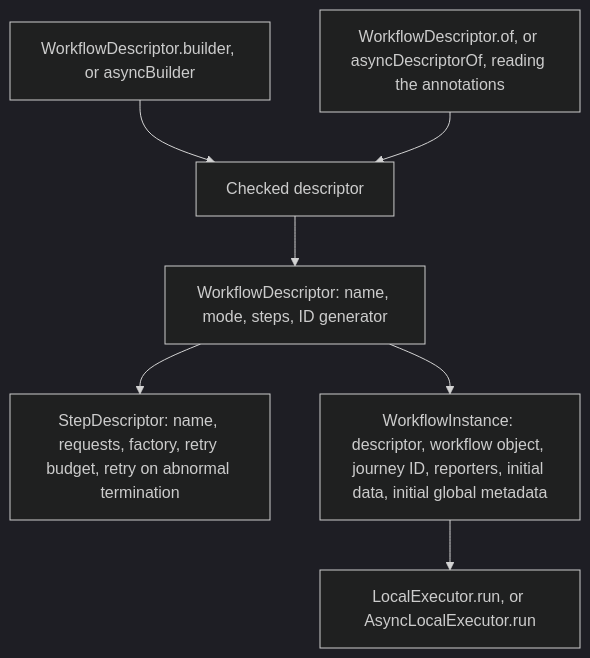
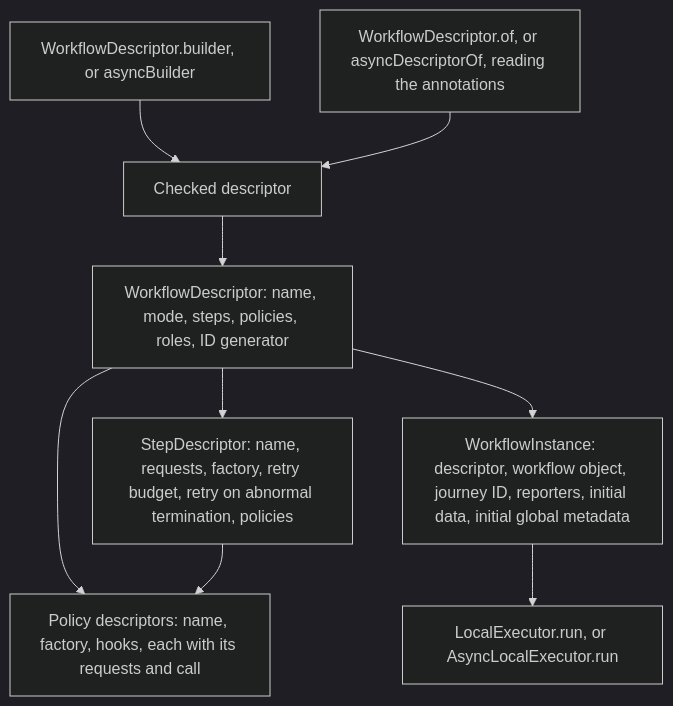
One commit to itinera-dev/itinera-j changed the second of 4 diagrams in docs/architecture.md. Above: the diagram before and after it, drawn with Mermaid (dark theme). The commit also changed other lines of this file and 81 other files, not shown here.

````diff
--- a/docs/architecture.md
+++ b/docs/architecture.md
@@ -46,11 +46,13 @@
 ```mermaid
 flowchart TD
     accTitle: What a workflow descriptor and an instance hold
-    accDescr: A workflow descriptor holds its name, its mode, its step descriptors in order and its journey ID generator. A step descriptor holds the step's name, its requests in order, its factory, its retry budget and whether it retries an abnormal termination. Its factory reads each request's answer from the Got it is given. The builder of each mode, and the annotation reader of each mode through the same checks, make a checked descriptor. An instance holds the descriptor beside the workflow object, its journey ID, its reporters, its initial data and its initial global metadata. The executor of the instance's mode, LocalExecutor or AsyncLocalExecutor, runs it.
+    accDescr: A workflow descriptor holds its name, its mode, its step descriptors in order, its workflow policies in order, the roles it provides and its journey ID generator. A step descriptor holds the step's name, its requests in order, its factory, its retry budget, whether it retries an abnormal termination and its step policies in order. Its factory reads each request's answer from the Got it is given. A policy descriptor holds the policy's name, its factory and each hook it defines, with the hook's requests in order and its call. The builder of each mode, and the annotation reader of each mode through the same checks, make a checked descriptor. An instance holds the descriptor beside the workflow object, its journey ID, its reporters, its initial data and its initial global metadata. The executor of the instance's mode, LocalExecutor or AsyncLocalExecutor, runs it.
     builder["WorkflowDescriptor.builder, or asyncBuilder"] --> checked["Checked descriptor"]
     annotated["WorkflowDescriptor.of, or asyncDescriptorOf, reading the annotations"] --> checked
-    checked --> descriptor["WorkflowDescriptor: name, mode, steps, ID generator"]
-    descriptor --> step["StepDescriptor: name, requests, factory, retry budget, retry on abnormal termination"]
+    checked --> descriptor["WorkflowDescriptor: name, mode, steps, policies, roles, ID generator"]
+    descriptor --> step["StepDescriptor: name, requests, factory, retry budget, retry on abnormal termination, policies"]
+    descriptor --> policy["Policy descriptors: name, factory, hooks, each with its requests and call"]
+    step --> policy
     descriptor --> instance["WorkflowInstance: descriptor, workflow object, journey ID, reporters, initial data, initial global metadata"]
     instance --> executor["LocalExecutor.run, or AsyncLocalExecutor.run"]
 ```
````
